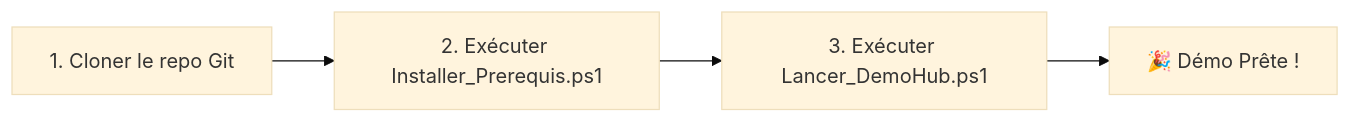
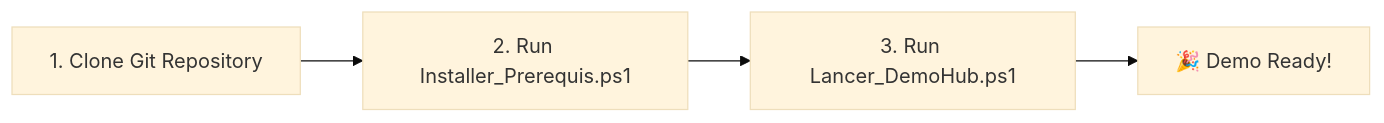
One commit to JuGhithub/CopilotPlusDemoHub changed the second of 2 diagrams in README.md. Above: the diagram before and after it, drawn with Mermaid (base theme). The commit also changed other lines of this file and 4 other files, not shown here.

````diff
--- a/README.md
+++ b/README.md
@@ -133,6 +136,6 @@
 ```mermaid
 flowchart LR
-    Clone["1. Cloner le repo Git"] --> Install["2. Exécuter Installer_Prerequis.ps1"]
-    Install --> Run["3. Exécuter Lancer_DemoHub.ps1"]
-    Run --> Enjoy["🎉 Démo Prête !"]
+    Clone["1. Clone Git Repository"] --> Install["2. Run Installer_Prerequis.ps1"]
+    Install --> Run["3. Run Lancer_DemoHub.ps1"]
+    Run --> Enjoy["🎉 Demo Ready!"]
 ```
````
